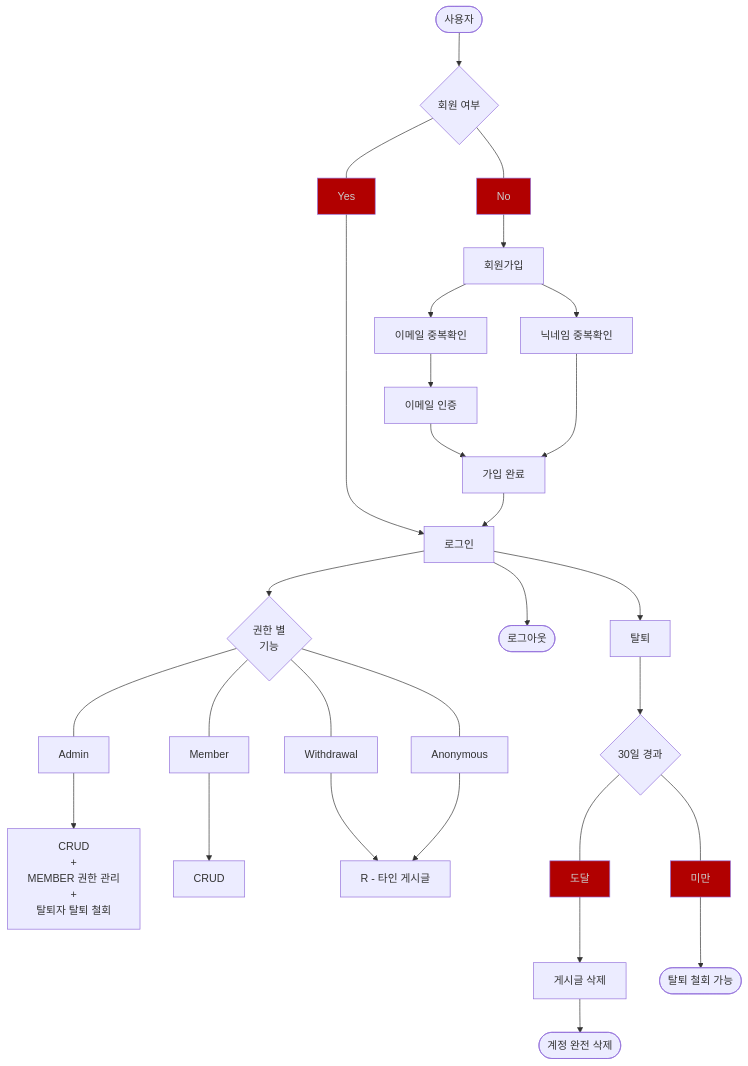
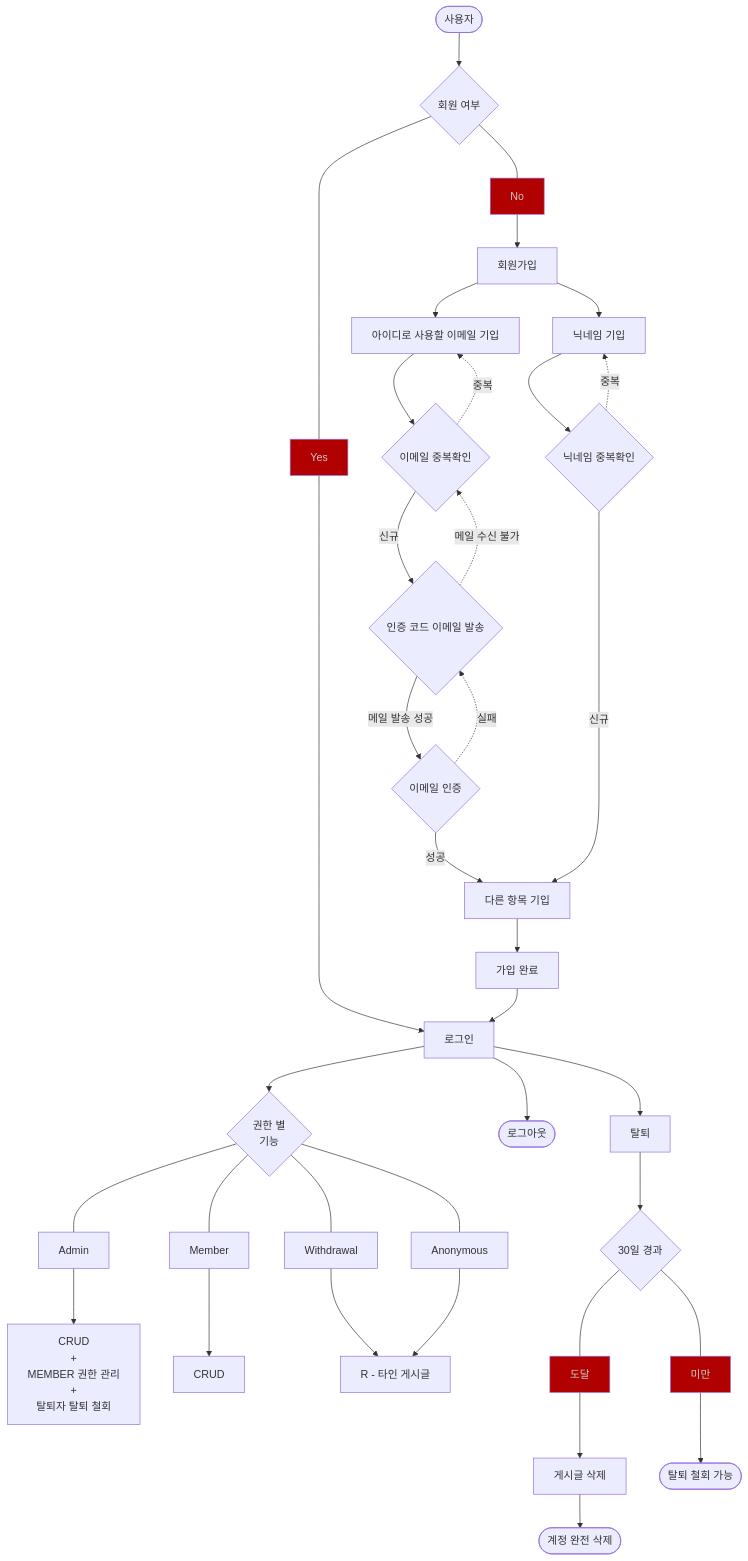
The diagram in docs/Flowchart - 회원.mermaid (zhyun-project/simple-board-02), drawn with Mermaid before and after one commit.

Commit message:
docs : 회원 flow char 회원가입 로직 수정
issue key : SB2-3

```diff
--- a/docs/Flowchart - 회원.mermaid
+++ b/docs/Flowchart - 회원.mermaid
@@ -1,20 +1,33 @@
 flowchart TB
     classDef red color:#cbcdcc,fill:#b10000;
 
     A([사용자]) --> B{회원 여부}
 
     B ---Yes:::red------> C[로그인]
     C --> G{권한 별<br>기능}
     G ---Admin--> G1[CRUD<br>+<br>MEMBER 권한 관리<br>+<br>탈퇴자 탈퇴 철회]
     G ---Member--> G2[CRUD]
     G ---Withdrawal--> G3[R - 타인 게시글]
     G ---Anonymous--> G3[R - 타인 게시글]
     C --> E([로그아웃])
     C --> F[탈퇴] --> F1{30일 경과} 
     F1 ---도달:::red--> F2[게시글 삭제] --> F3([계정 완전 삭제])
     F1 ---미만:::red--> F4([탈퇴 철회 가능])
 
     B ---No:::red--> D[회원가입] 
-    D --> D1[이메일 중복확인] --> D2[이메일 인증]--> D4[가입 완료]
-    D --> D3[닉네임 중복확인] ---> D4
-    D4 --> C
+    D --> D1[아이디로 사용할 이메일 기입]
+    D1 --> D11{이메일 중복확인}
+    D11 -.->|중복| D1
+    D11 -->|신규| D2{인증 코드 이메일 발송}
+    D2 -.->|메일 수신 불가| D11
+    D2 -->|메일 발송 성공| D22{이메일 인증}
+    D22 -.->|실패| D2
+    D22 -->|성공| D4[다른 항목 기입]
+
+
+    D --> D3[닉네임 기입]
+    D3 --> D33{닉네임 중복확인}
+    D33 -.->|중복| D3
+    D33 ---->|신규| D4
+    D4 --> D5[가입 완료]
+    D5 --> C
```
